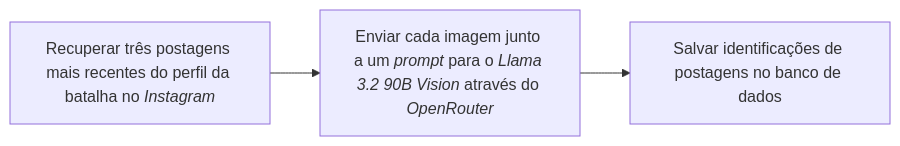
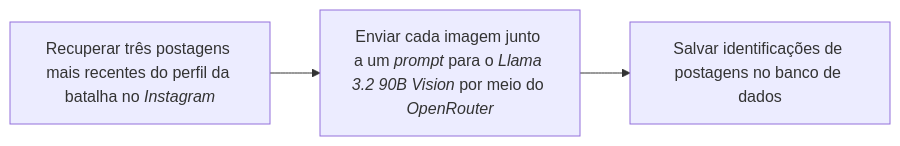
The second of 5 diagrams in docs/presentation/slides.md (ericstefano/mapadabatalha), drawn with Mermaid before and after one commit. The commit also changed other lines of this file and 2 other files, not shown here.

````diff
--- a/docs/presentation/slides.md
+++ b/docs/presentation/slides.md
@@ -130,4 +156,4 @@
 ```mermaid
 flowchart LR
-  id1[Recuperar três postagens mais recentes do perfil da batalha no <em>Instagram</em>] --> id2[Enviar cada imagem junto a um <em>prompt</em> para o <em>Llama 3.2 90B Vision</em> através do <em>OpenRouter</em>] --> id3[Salvar identificações de postagens no banco de dados]
+  id1[Recuperar três postagens mais recentes do perfil da batalha no <em>Instagram</em>] --> id2[Enviar cada imagem junto a um <em>prompt</em> para o <em>Llama 3.2 90B Vision</em> por meio do <em>OpenRouter</em>] --> id3[Salvar identificações de postagens no banco de dados]
 ```
````
